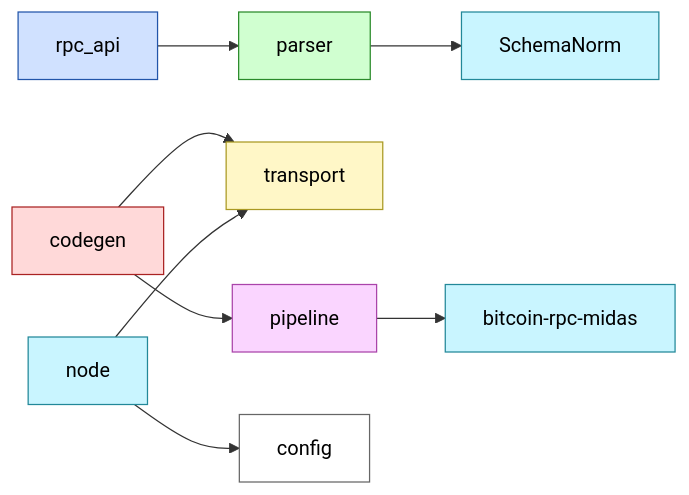
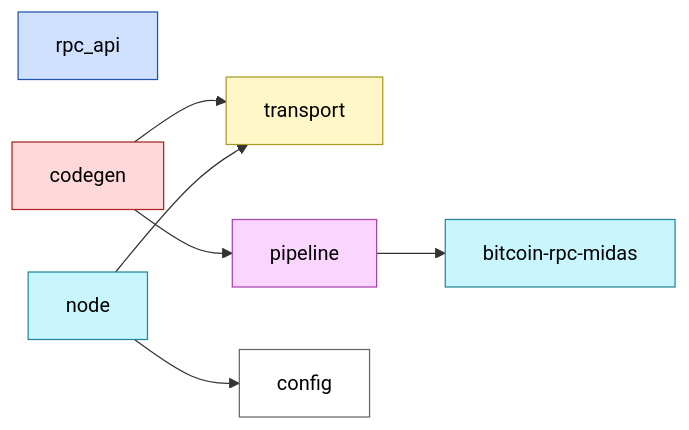
The diagram in docs/architecture.mmd (nervana21/bitcoin-rpc-codegen), drawn with Mermaid before and after one commit. The commit also changed 10 other files, not shown here.

```diff
--- a/docs/architecture.mmd
+++ b/docs/architecture.mmd
@@ -1,31 +1,27 @@
 flowchart LR
   %% ───────────────────────── Nodes ─────────────────────────
   RPC_API["rpc_api"]:::api
-  Parser["parser"]:::parser
   Codegen["codegen"]:::codegen
   Transport["transport"]:::transport
   Pipeline["pipeline"]:::pipeline
   Midas["bitcoin‑rpc‑midas"]:::midas
   NodeMgr["node"]:::node
   Config["config"]:::config
 
   %% ───────────────────────── Flow ─────────────────────────
-  RPC_API  --> Parser
-  Parser   --> SchemaNorm
   Codegen  --> Transport
   Codegen  --> Pipeline
   Pipeline --> Midas
 
   %%  Node‑side utilities
   NodeMgr  --> Transport
   NodeMgr  --> Config
 
   %% ───────────────────────── Styles ─────────────────────────
   classDef api       fill:#d0e1ff,stroke:#2255aa,color:#000;
-  classDef parser    fill:#d0ffd0,stroke:#2a8a2a,color:#000;
   classDef codegen   fill:#ffd9d9,stroke:#aa2222,color:#000;
   classDef transport fill:#fff7c7,stroke:#aa9922,color:#000;
   classDef pipeline  fill:#fad5ff,stroke:#aa44aa,color:#000;
   classDef midas     fill:#c9f5ff,stroke:#228899,color:#000;
   classDef node      fill:#c9f5ff,stroke:#228899,color:#000;
   classDef config    fill:#ffffff,stroke:#666666,color:#000;
```
